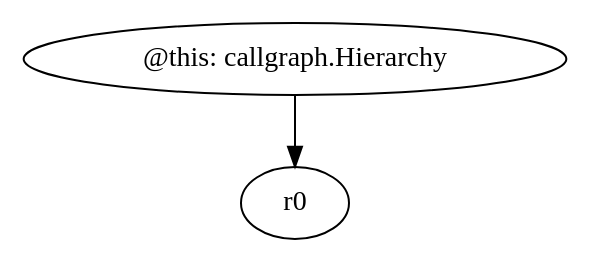
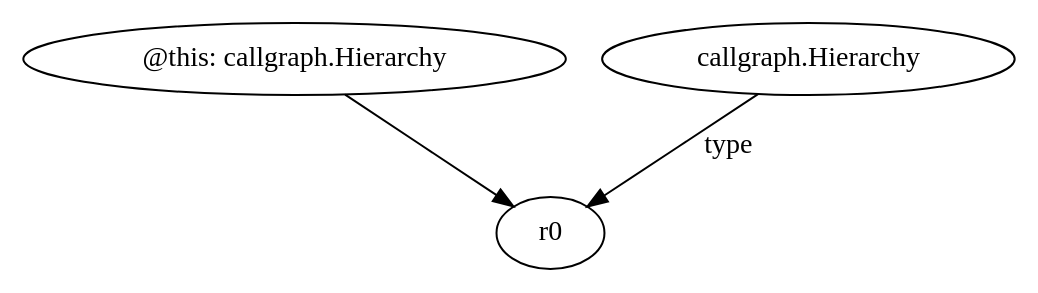
One commit to SeanCoek/zString changed the diagram in relation2/<callgraph.Hierarchy: void <init>()>.dot. Above: the diagram before and after it, drawn with Graphviz. The commit also changed 4443 other files, not shown here.

```diff
--- a/relation2/<callgraph.Hierarchy: void <init>()>.dot
+++ b/relation2/<callgraph.Hierarchy: void <init>()>.dot
@@ -1,5 +1,7 @@
 digraph g {
 0[label="@this: callgraph.Hierarchy"]
 1[label="r0"]
 0->1[label=""]
+2[label="callgraph.Hierarchy"]
+2->1[label="type"]
 }
```
